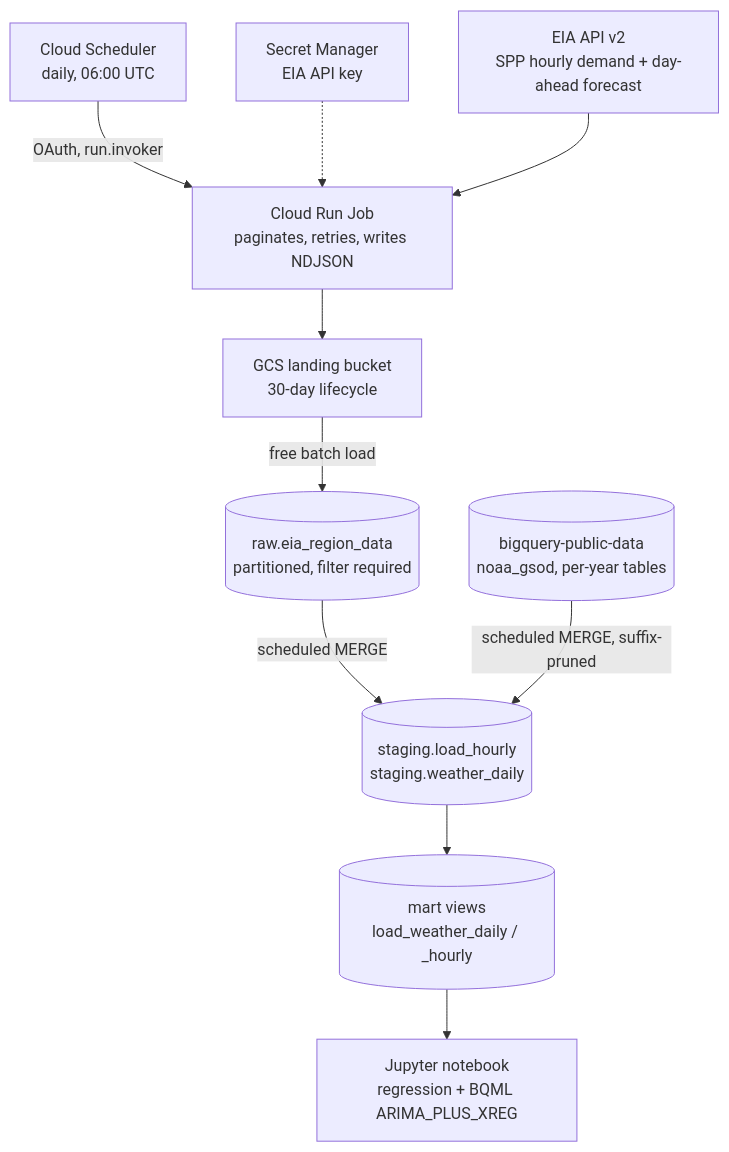
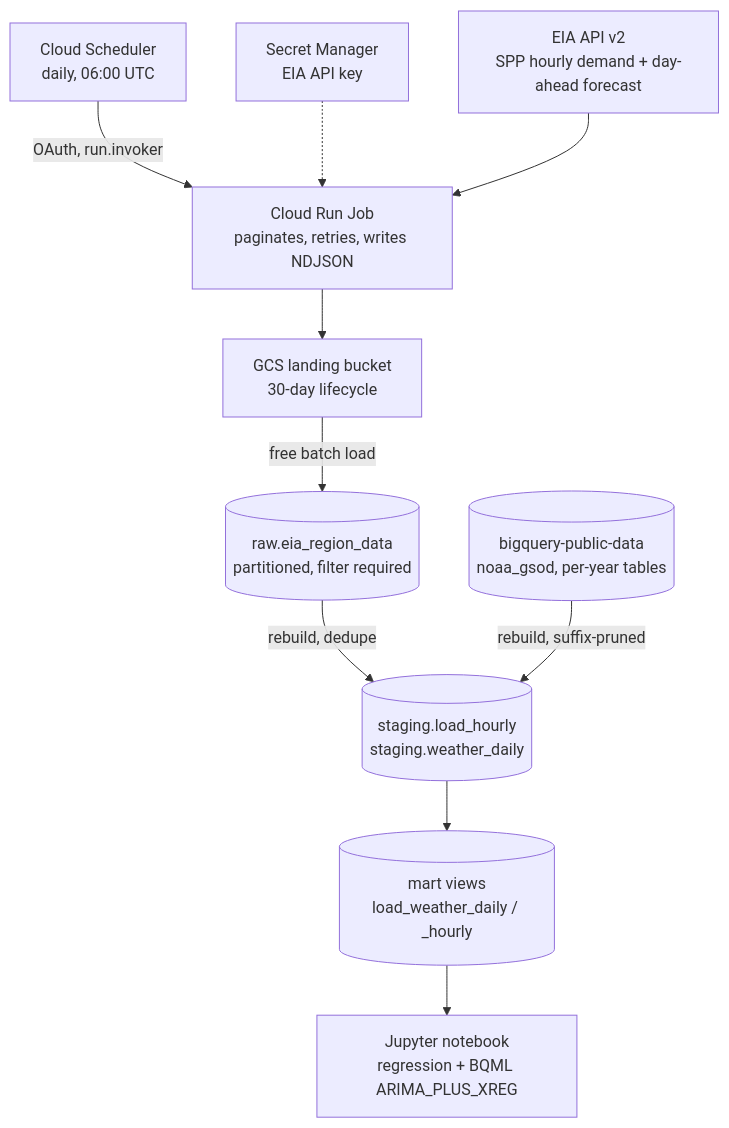
One commit to samtindal/spp-load-weather changed the diagram in README.md. Above: the diagram before and after it, drawn with Mermaid. The commit also changed other lines of this file and 3 other files, not shown here.

````diff
--- a/README.md
+++ b/README.md
@@ -14,20 +14,20 @@
 ```mermaid
 flowchart TD
     EIA["EIA API v2<br/>SPP hourly demand + day-ahead forecast"]
     SCHED["Cloud Scheduler<br/>daily, 06:00 UTC"]
     JOB["Cloud Run Job<br/>paginates, retries, writes NDJSON"]
     SM["Secret Manager<br/>EIA API key"]
     GCS["GCS landing bucket<br/>30-day lifecycle"]
     RAW[("raw.eia_region_data<br/>partitioned, filter required")]
     GSOD[("bigquery-public-data<br/>noaa_gsod, per-year tables")]
     STG[("staging.load_hourly<br/>staging.weather_daily")]
     MART[("mart views<br/>load_weather_daily / _hourly")]
     NB["Jupyter notebook<br/>regression + BQML ARIMA_PLUS_XREG"]
 
     SCHED -->|OAuth, run.invoker| JOB
     SM -.-> JOB
     EIA --> JOB --> GCS -->|free batch load| RAW
-    RAW -->|scheduled MERGE| STG
-    GSOD -->|scheduled MERGE, suffix-pruned| STG
+    RAW -->|rebuild, dedupe| STG
+    GSOD -->|rebuild, suffix-pruned| STG
     STG --> MART --> NB
 ```
````
